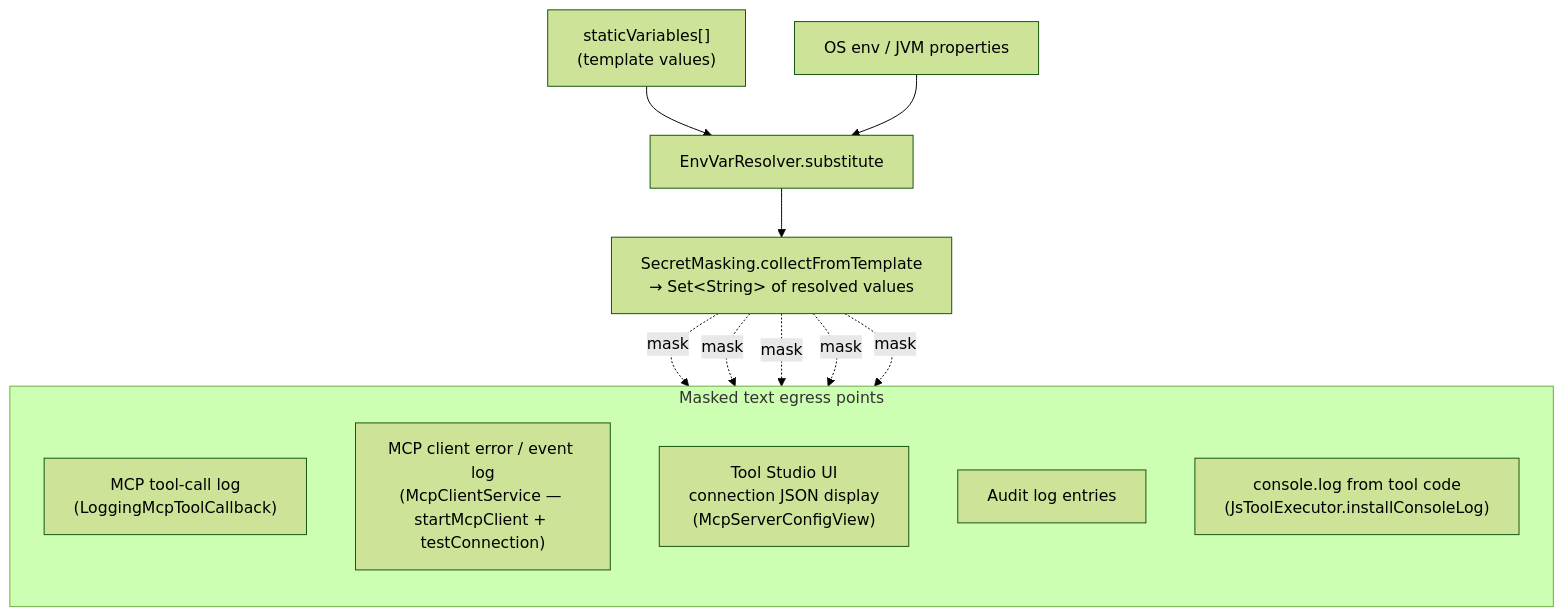
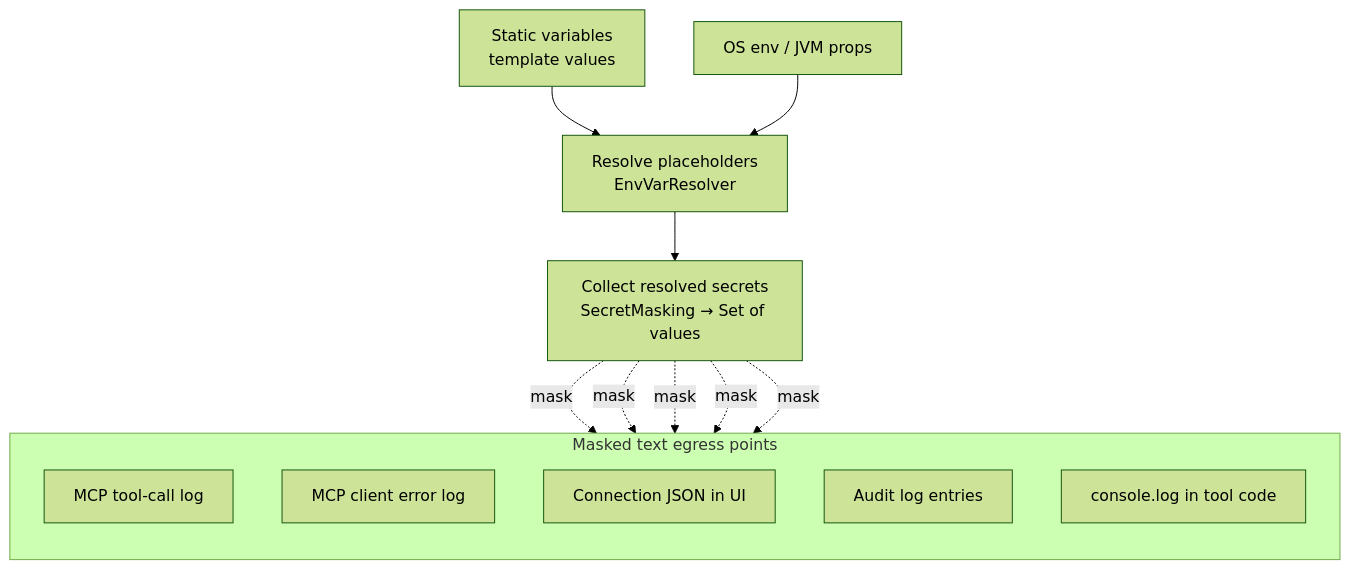
Before and after one commit to spring-ai-community/spring-ai-playground: the fifth of 7 diagrams in docs/safety-architecture.md, drawn with Mermaid (forest theme). The commit also changed other lines of this file and 55 other files, not shown here.

Commit message:
docs: add human-in-the-loop pages, refresh architecture and catalog docs, document setup-time preset and exposure drawer

````diff
--- a/docs/safety-architecture.md
+++ b/docs/safety-architecture.md
@@ -243,25 +169,25 @@
 ```mermaid
 flowchart TB
-    SV["staticVariables[]<br/>(template values)"]
-    OS["OS env / JVM properties"]
-    R["EnvVarResolver.substitute"]
-    M["SecretMasking.collectFromTemplate<br/>→ Set&lt;String&gt; of resolved values"]
+    SV["Static variables<br/>template values"]
+    OSV["OS env / JVM props"]
+    R["Resolve placeholders<br/>EnvVarResolver"]
+    M["Collect resolved secrets<br/>SecretMasking → Set of values"]
 
     subgraph EGRESS["Masked text egress points"]
         direction TB
-        E1["MCP tool-call log<br/>(LoggingMcpToolCallback)"]
-        E2["MCP client error / event log<br/>(McpClientService — startMcpClient + testConnection)"]
-        E3["Tool Studio UI<br/>connection JSON display<br/>(McpServerConfigView)"]
+        E1["MCP tool-call log"]
+        E2["MCP client error log"]
+        E3["Connection JSON in UI"]
         E4["Audit log entries"]
-        E5["console.log from tool code<br/>(JsToolExecutor.installConsoleLog)"]
+        E5["console.log in tool code"]
     end
 
     SV --> R
-    OS --> R
+    OSV --> R
     R --> M
     M -.mask.-> E1
     M -.mask.-> E2
     M -.mask.-> E3
     M -.mask.-> E4
     M -.mask.-> E5
 ```
````
